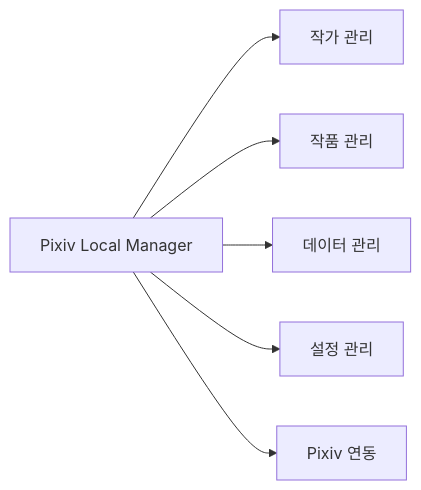
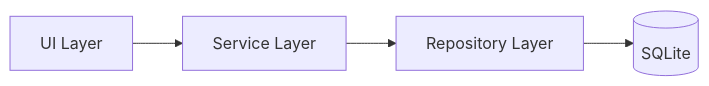
Before and after one commit to PKT0623/PixivLocalManager: the diagram in docs/01_PROJECT_OVERVIEW.md, drawn with Mermaid. The commit also changed other lines of this file and 11 other files, not shown here.

````diff
--- a/docs/01_PROJECT_OVERVIEW.md
+++ b/docs/01_PROJECT_OVERVIEW.md
@@ -79,11 +93,12 @@
 ```mermaid
 flowchart LR
 
-PLM[Pixiv Local Manager]
+UI[UI Layer]
+SERVICE[Service Layer]
+REPO[Repository Layer]
+DB[(SQLite)]
 
-PLM --> ARTIST[작가 관리]
-PLM --> ARTWORK[작품 관리]
-PLM --> DATA[데이터 관리]
-PLM --> CONFIG[설정 관리]
-PLM --> PIXIV[Pixiv 연동]
+UI --> SERVICE
+SERVICE --> REPO
+REPO --> DB
 ```
````
